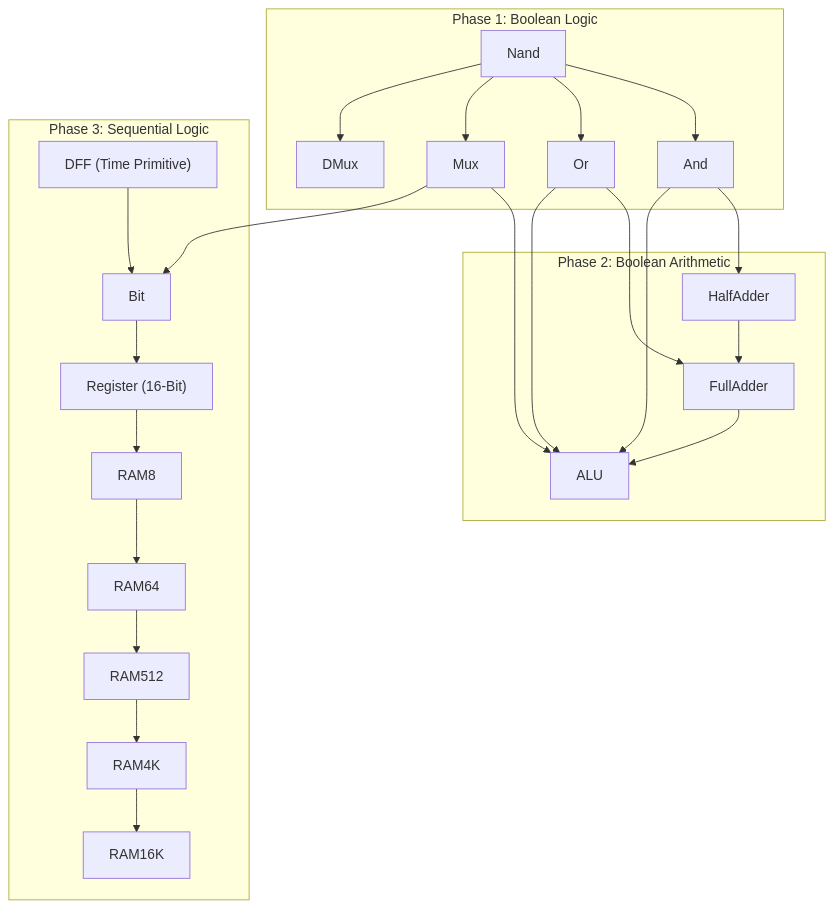
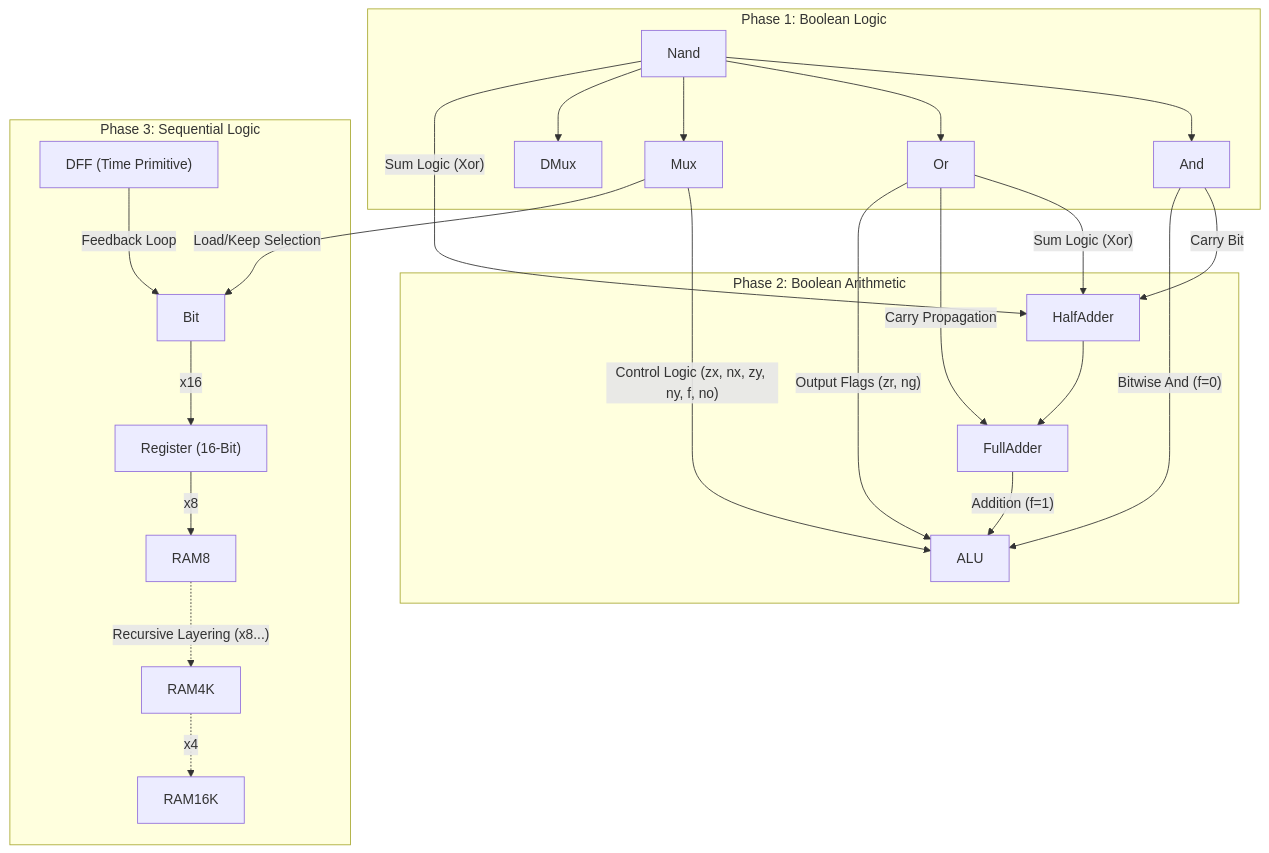
The diagram in README.md (spaceadler/nand2tetris), drawn with Mermaid before and after one commit.

Commit message:
Revise mermaid diagrams in README.md
Updated mermaid diagrams for Boolean Logic, Arithmetic, and Sequential Logic sections in README.

````diff
--- a/README.md
+++ b/README.md
@@ -22,54 +22,62 @@
- ```mermaid
-    graph TD
-    %% 1. BOOLEAN LOGIC (The Alphabet)
+```mermaid
+graph TD
+    %% 1. BOOLEAN LOGIC
     subgraph Logic ["Phase 1: Boolean Logic"]
         Nand["Nand"]
+        And["And"]
+        Or["Or"]
+        Mux["Mux"]
+        DMux["DMux"]
         
         Nand --> And
         Nand --> Or
         Nand --> Mux
         Nand --> DMux
     end
-    
-    %% 2. BOOLEAN ARITHMETIC (The Math)
+
+    %% 2. BOOLEAN ARITHMETIC
     subgraph Arithmetic ["Phase 2: Boolean Arithmetic"]
         HA[HalfAdder]
         FA[FullAdder]
         ALU[ALU]
     end
-    
-    %% 3. SEQUENTIAL LOGIC (The State)
+
+    %% 3. SEQUENTIAL LOGIC
     subgraph Sequential ["Phase 3: Sequential Logic"]
         DFF["DFF (Time Primitive)"]
         Bit["Bit"]
         Register["Register (16-Bit)"]
         RAM8
-        RAM64
-        RAM512
         RAM4K
         RAM16K
     end
+
+    %% --- WIRING & DETAILS ---
+
+    %% HALF ADDER DETAIL (Sum = Xor, Carry = And)
+    %% Quotes added to labels to prevent parsing errors
+    And -->|"Carry Bit"| HA
+    Or -->|"Sum Logic (Xor)"| HA
+    Nand -->|"Sum Logic (Xor)"| HA
+
+    %% FULL ADDER (Built from HA + Or)
+    HA --> FA
+    Or -->|"Carry Propagation"| FA
+
+    %% ALU DETAIL (The Calculation Engine)
+    FA -->|"Addition (f=1)"| ALU
+    And -->|"Bitwise And (f=0)"| ALU
+    Mux -->|"Control Logic (zx, nx, zy, ny, f, no)"| ALU
+    Or -->|"Output Flags (zr, ng)"| ALU
+
+    %% SEQUENTIAL / MEMORY RECURSION
+    DFF -->|"Feedback Loop"| Bit
+    Mux -->|"Load/Keep Selection"| Bit
     
-    %% CROSS-LAYER DEPENDENCIES
+    Bit -->|x16| Register
+    Register -->|x8| RAM8
     
-    %% Arithmetic relies on Logic
-    And --> HA
-    HA --> FA
-    Or --> FA
-    FA --> ALU
-    Mux --> ALU
-    And --> ALU
-    Or --> ALU
-    
-    %% Sequential relies on Logic (Mux) and Time (DFF)
-    DFF --> Bit
-    Mux --> Bit
-    
-    %% Recursive Memory Construction
-    Bit --> Register
-    Register --> RAM8
-    RAM8 --> RAM64
-    RAM64 --> RAM512
-    RAM512 --> RAM4K
-    RAM4K --> RAM16K
+    %% The Abstracted Recursion
+    RAM8 -.->|"Recursive Layering (x8...)"| RAM4K
+    RAM4K -.->|x4| RAM16K
 ```
````
